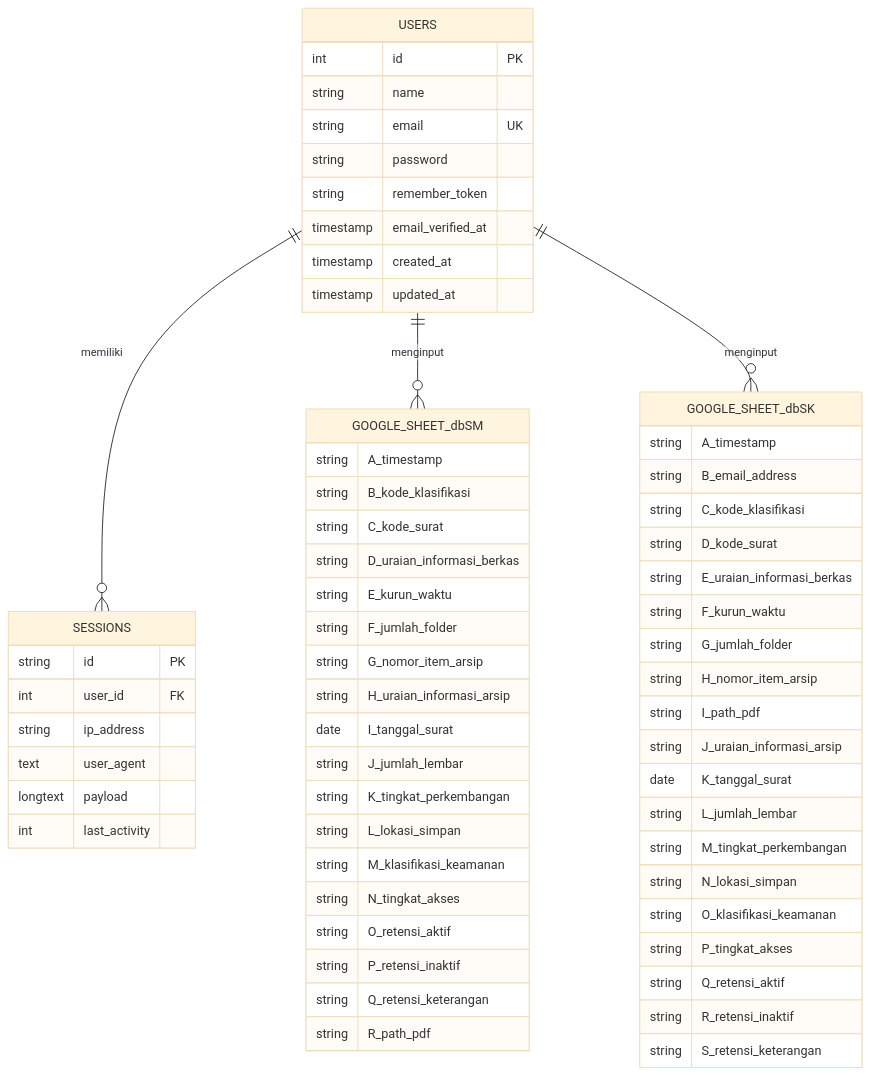
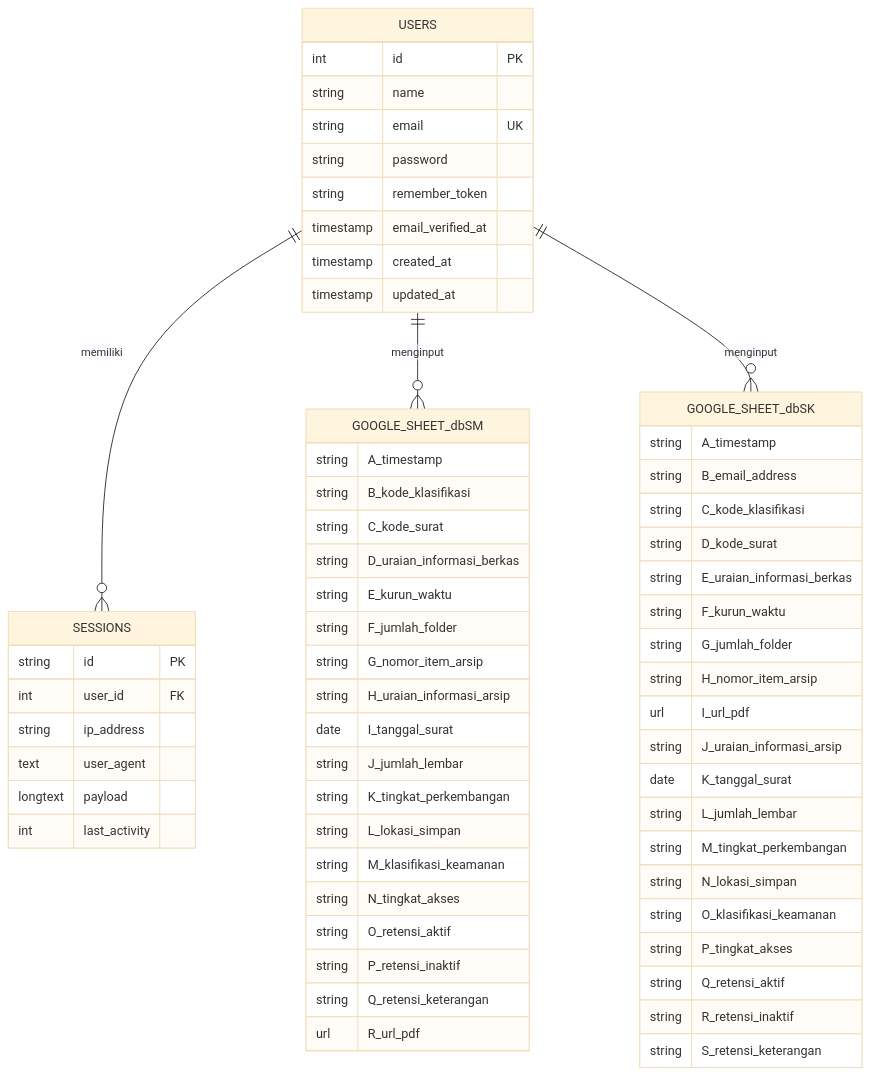
The first of 3 diagrams in README.md (Rpl087/PROJECT-MAGANG), drawn with Mermaid (base theme) before and after one commit. The commit also changed other lines of this file and 10 other files, not shown here.

````diff
--- a/README.md
+++ b/README.md
@@ -36,69 +110,69 @@
 ```mermaid
 erDiagram
     USERS {
         int id PK
         string name
         string email UK
         string password
         string remember_token
         timestamp email_verified_at
         timestamp created_at
         timestamp updated_at
     }
 
     SESSIONS {
         string id PK
         int user_id FK
         string ip_address
         text user_agent
         longtext payload
         int last_activity
     }
 
     GOOGLE_SHEET_dbSM {
         string A_timestamp
         string B_kode_klasifikasi
         string C_kode_surat
         string D_uraian_informasi_berkas
         string E_kurun_waktu
         string F_jumlah_folder
         string G_nomor_item_arsip
         string H_uraian_informasi_arsip
         date   I_tanggal_surat
         string J_jumlah_lembar
         string K_tingkat_perkembangan
         string L_lokasi_simpan
         string M_klasifikasi_keamanan
         string N_tingkat_akses
         string O_retensi_aktif
         string P_retensi_inaktif
         string Q_retensi_keterangan
-        string R_path_pdf
+        url    R_url_pdf
     }
 
     GOOGLE_SHEET_dbSK {
         string A_timestamp
         string B_email_address
         string C_kode_klasifikasi
         string D_kode_surat
         string E_uraian_informasi_berkas
         string F_kurun_waktu
         string G_jumlah_folder
         string H_nomor_item_arsip
-        string I_path_pdf
+        url    I_url_pdf
         string J_uraian_informasi_arsip
         date   K_tanggal_surat
         string L_jumlah_lembar
         string M_tingkat_perkembangan
         string N_lokasi_simpan
         string O_klasifikasi_keamanan
         string P_tingkat_akses
         string Q_retensi_aktif
         string R_retensi_inaktif
         string S_retensi_keterangan
     }
 
     USERS ||--o{ SESSIONS : "memiliki"
     USERS ||--o{ GOOGLE_SHEET_dbSM : "menginput"
     USERS ||--o{ GOOGLE_SHEET_dbSK : "menginput"
 ```
````
